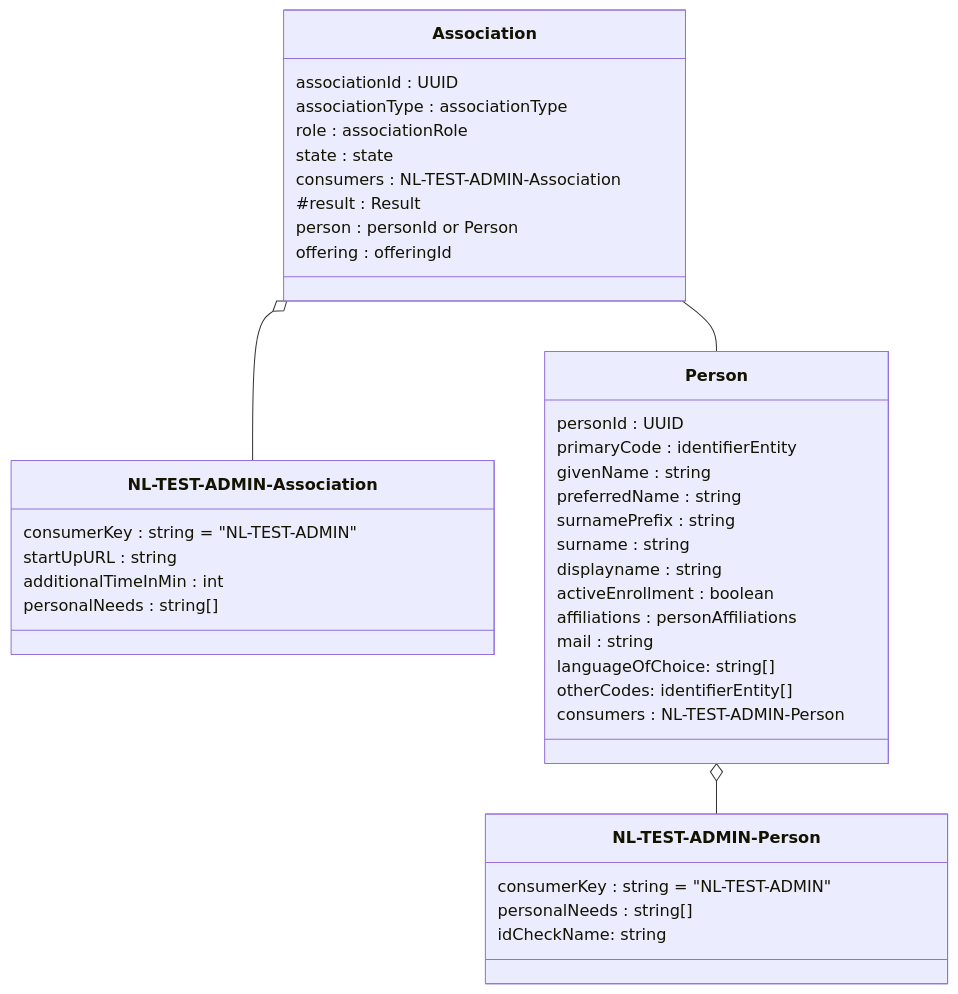
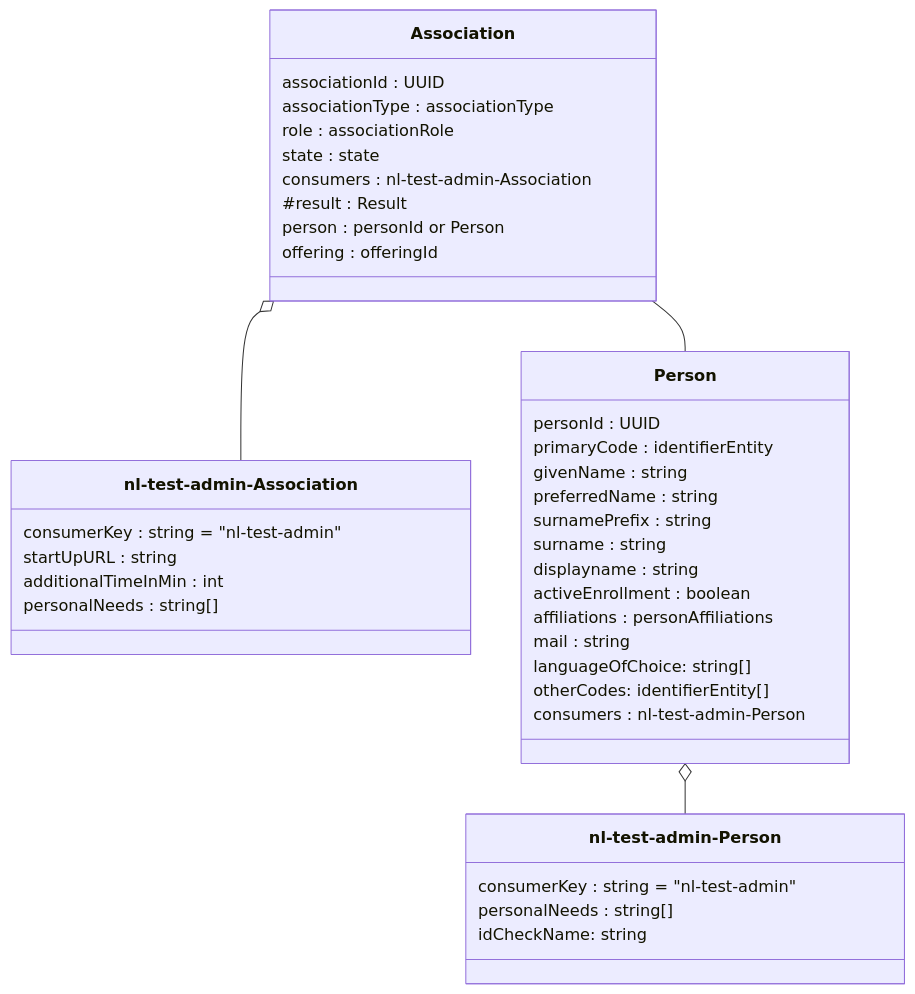
The fourth of 10 diagrams in doc/flow2.md (NetwerkExamineringDigitalisering/NED-OOAPI), drawn with Mermaid before and after one commit. The commit also changed other lines of this file and 26 other files, not shown here.

````diff
--- a/doc/flow2.md
+++ b/doc/flow2.md
@@ -165,42 +165,42 @@
 ```mermaid
 classDiagram
     class Association {
     	associationId : UUID
 		associationType : associationType
 		role : associationRole
 		state : state
-		consumers : NL-TEST-ADMIN-Association
+		consumers : nl-test-admin-Association
 	#	result : Result
 		person : personId or Person
 		offering : offeringId
     }
-    class `NL-TEST-ADMIN-Association` {
-    	consumerKey : string = "NL-TEST-ADMIN"
+    class `nl-test-admin-Association` {
+    	consumerKey : string = "nl-test-admin"
 		startUpURL : string
 		additionalTimeInMin : int
 		personalNeeds : string[]
     }
     class Person {
 		personId : UUID
 		primaryCode : identifierEntity
 		givenName : string
 		preferredName : string
 		surnamePrefix : string 
 		surname : string
 		displayname : string
 		activeEnrollment : boolean 
 		affiliations : personAffiliations
 		mail : string
 		languageOfChoice: string[]
 		otherCodes: identifierEntity[]
-		consumers : NL-TEST-ADMIN-Person
+		consumers : nl-test-admin-Person
     }
-	class `NL-TEST-ADMIN-Person` {
-    	consumerKey : string = "NL-TEST-ADMIN"
+	class `nl-test-admin-Person` {
+    	consumerKey : string = "nl-test-admin"
 	    personalNeeds : string[]
         idCheckName: string
     }
-    Association o-- `NL-TEST-ADMIN-Association`
+    Association o-- `nl-test-admin-Association`
     Association -- Person
-	Person o-- `NL-TEST-ADMIN-Person`
+	Person o-- `nl-test-admin-Person`
 ```
````
